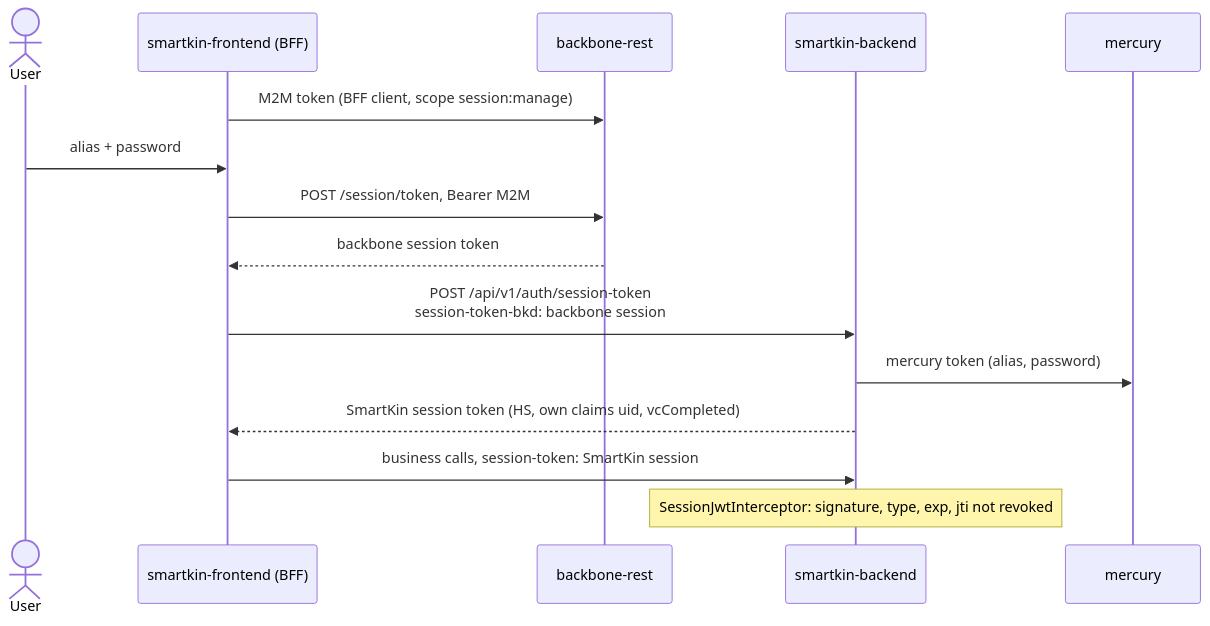
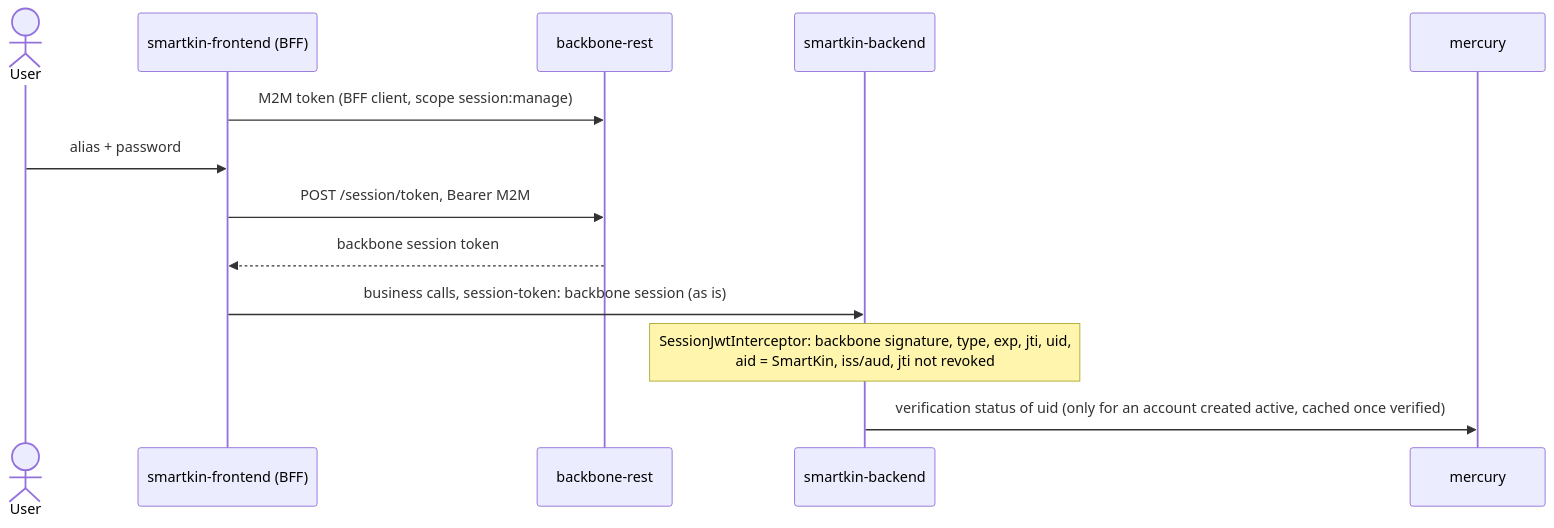
One commit to um-dev-creative/smartkin-backend changed the diagram in docs/BACKBONE_INTEGRATION.md. Above: the diagram before and after it, drawn with Mermaid. The commit also changed other lines of this file and 23 other files, not shown here.

First line of the commit message:
feat(auth): authenticate the backbone session as zerobound-rest does

````diff
--- a/docs/BACKBONE_INTEGRATION.md
+++ b/docs/BACKBONE_INTEGRATION.md
@@ -82,17 +82,15 @@
 ```mermaid
 sequenceDiagram
     actor U as User
     participant F as smartkin-frontend (BFF)
     participant B as backbone-rest
     participant S as smartkin-backend
     participant M as mercury
     F->>B: M2M token (BFF client, scope session:manage)
     U->>F: alias + password
     F->>B: POST /session/token, Bearer M2M
     B-->>F: backbone session token
-    F->>S: POST /api/v1/auth/session-token<br/>session-token-bkd: backbone session
-    S->>M: mercury token (alias, password)
-    S-->>F: SmartKin session token (HS, own claims uid, vcCompleted)
-    F->>S: business calls, session-token: SmartKin session
-    Note over S: SessionJwtInterceptor: signature, type, exp, jti not revoked
+    F->>S: business calls, session-token: backbone session (as is)
+    Note over S: SessionJwtInterceptor: backbone signature, type, exp, jti, uid,<br/>aid = SmartKin, iss/aud, jti not revoked
+    S->>M: verification status of uid (only for an account created active, cached once verified)
 ```
````
